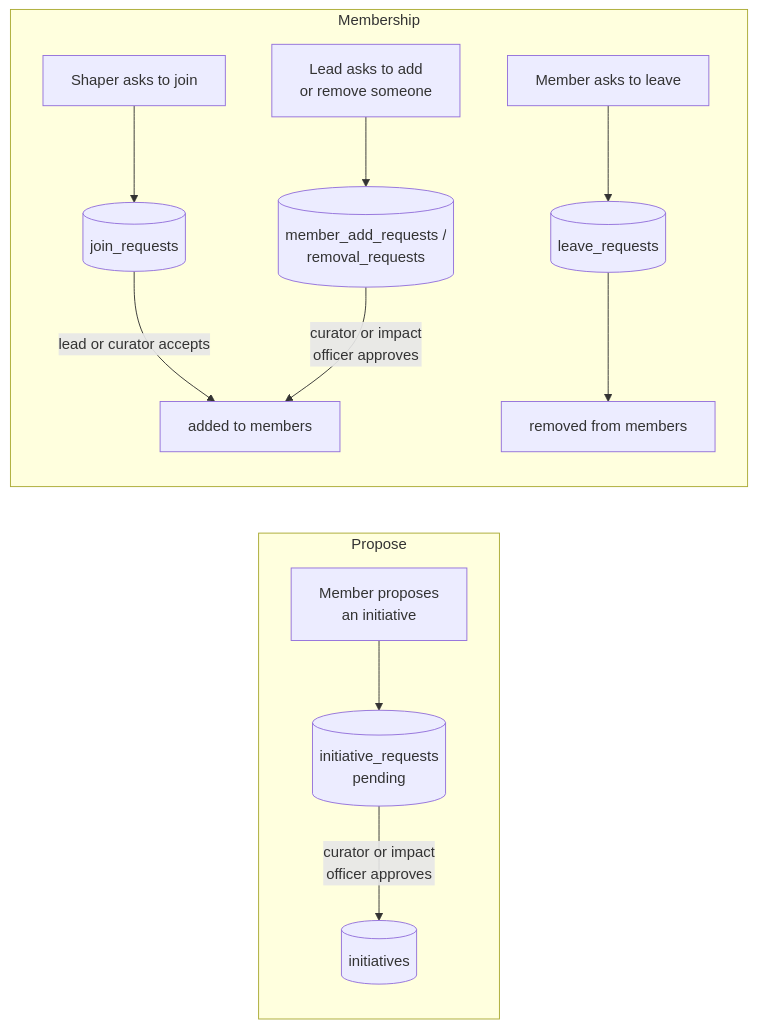
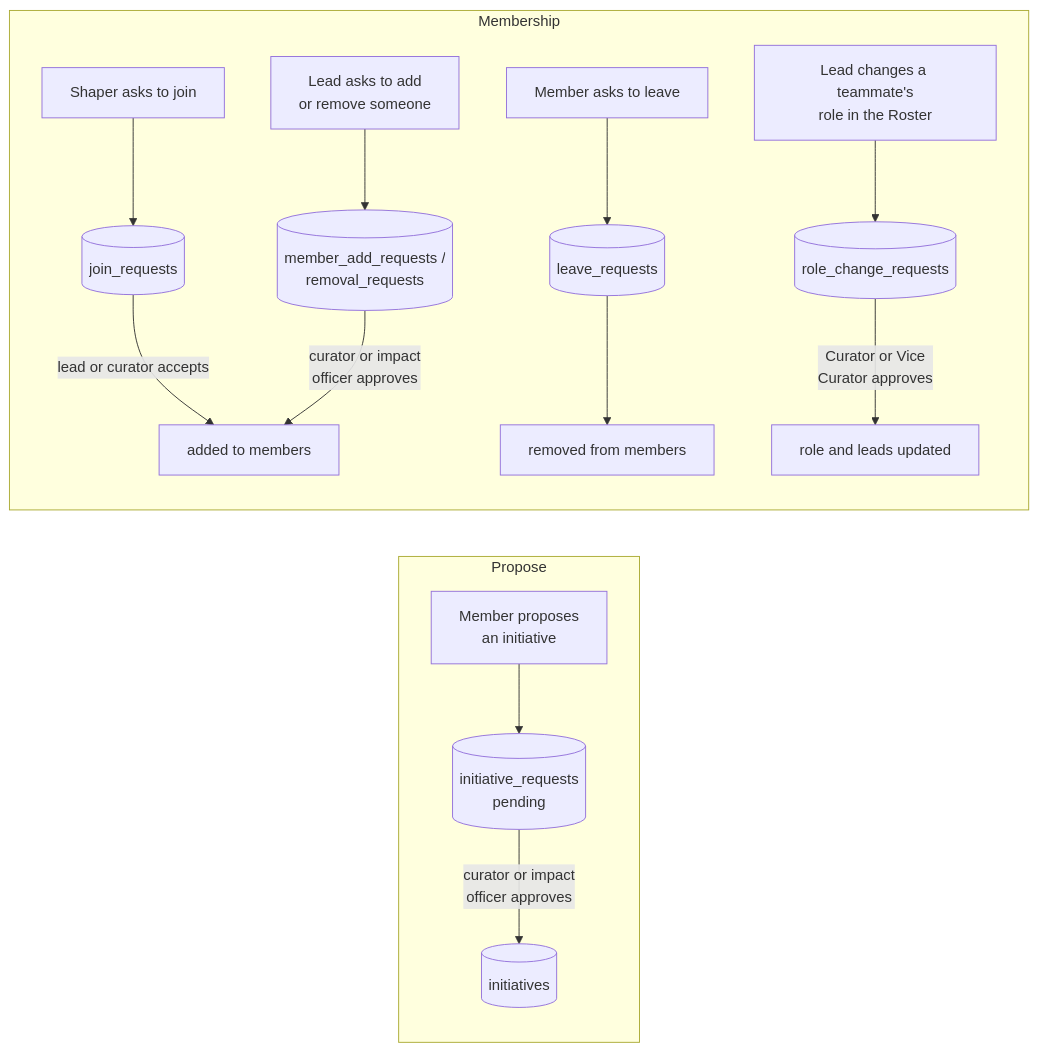
One commit to The-Dark-Ranger/Jeddah-Hub changed the fourth of 12 diagrams in docs/HOW-IT-WORKS.md. Above: the diagram before and after it, drawn with Mermaid. The commit also changed other lines of this file and 11 other files, not shown here.

First line of the commit message:
Roster: editable team roles, lead requests approved by curators (#193)

````diff
--- a/docs/HOW-IT-WORKS.md
+++ b/docs/HOW-IT-WORKS.md
@@ -132,14 +132,16 @@
 ```mermaid
 flowchart LR
     subgraph Propose
         P1[Member proposes<br/>an initiative] --> P2[(initiative_requests<br/>pending)]
         P2 -->|curator or impact<br/>officer approves| P3[(initiatives)]
     end
     subgraph Membership
         J1[Shaper asks to join] --> J2[(join_requests)]
         J2 -->|lead or curator accepts| J3[added to members]
         L1[Member asks to leave] --> L2[(leave_requests)] --> L3[removed from members]
         A1[Lead asks to add<br/>or remove someone] --> A2[(member_add_requests /<br/>removal_requests)]
         A2 -->|curator or impact<br/>officer approves| J3
+        R1[Lead changes a teammate's<br/>role in the Roster] --> R2[(role_change_requests)]
+        R2 -->|Curator or Vice<br/>Curator approves| R3[role and leads updated]
     end
 ```
````
